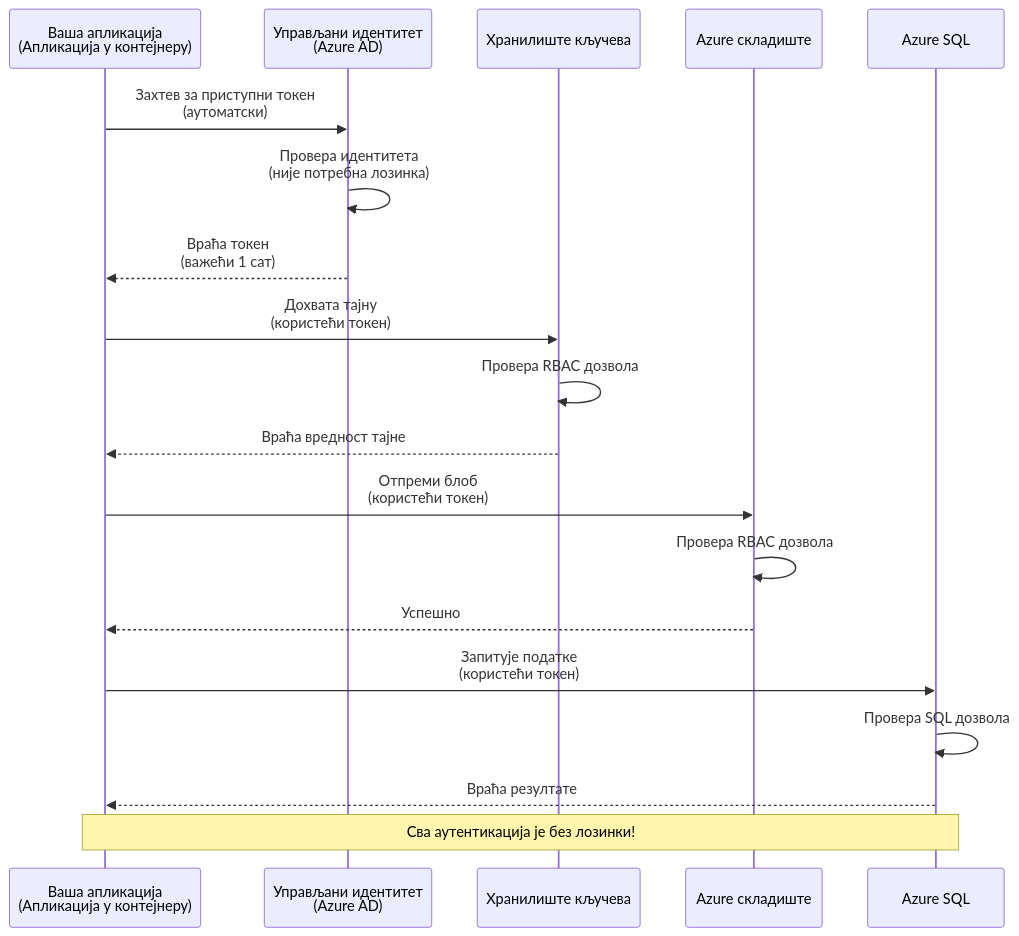
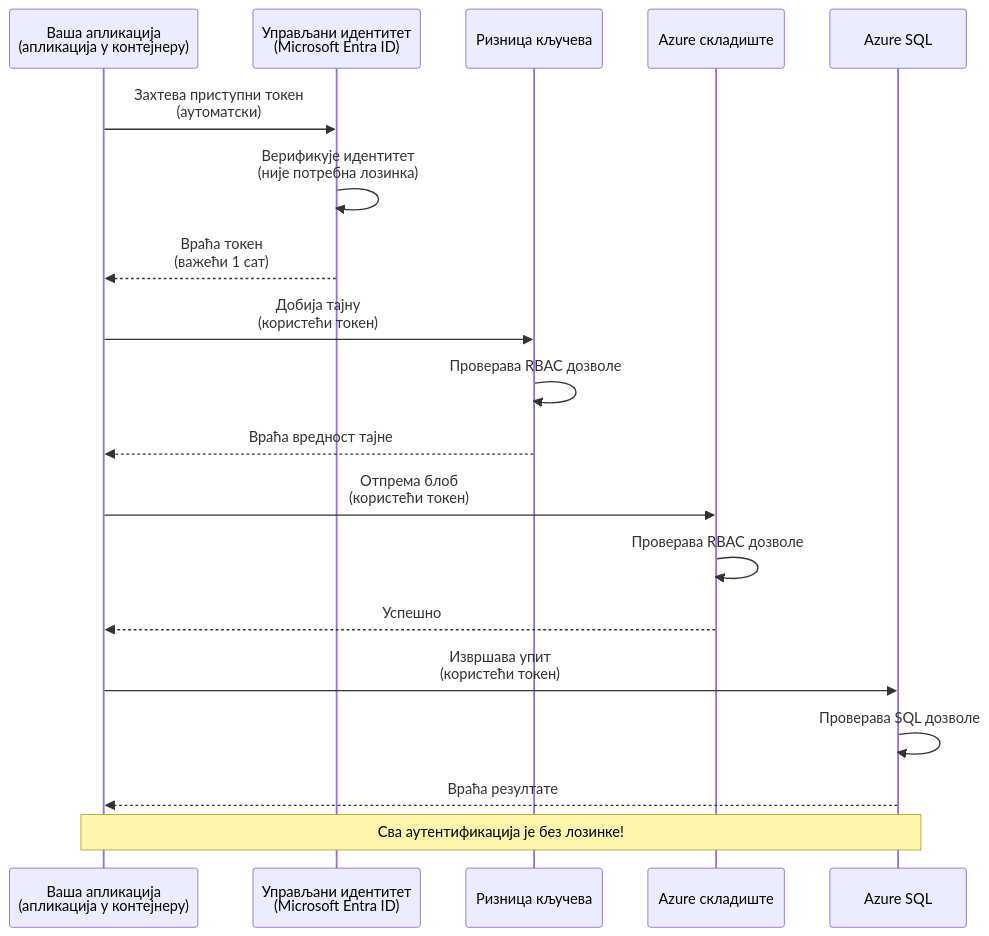
The first of 2 diagrams in translations/sr/docs/chapter-03-configuration/authsecurity.md (microsoft/AZD-for-beginners), drawn with Mermaid before and after one commit. The commit also changed other lines of this file and 104 other files, not shown here.

````diff
--- a/translations/sr/docs/chapter-03-configuration/authsecurity.md
+++ b/translations/sr/docs/chapter-03-configuration/authsecurity.md
@@ -69,26 +69,26 @@
 ```mermaid
 sequenceDiagram
-    participant App as Ваша апликација<br/>(Апликација у контејнеру)
-    participant MI as Управљани идентитет<br/>(Azure AD)
-    participant KV as Хранилиште кључева
+    participant App as Ваша апликација<br/>(апликација у контејнеру)
+    participant MI as Управљани идентитет<br/>(Microsoft Entra ID)
+    participant KV as Ризница кључева
     participant Storage as Azure складиште
     participant DB as Azure SQL
     
-    App->>MI: Захтев за приступни токен<br/>(аутоматски)
-    MI->>MI: Провера идентитета<br/>(није потребна лозинка)
+    App->>MI: Захтева приступни токен<br/>(аутоматски)
+    MI->>MI: Верификује идентитет<br/>(није потребна лозинка)
     MI-->>App: Враћа токен<br/>(важећи 1 сат)
     
-    App->>KV: Дохвата тајну<br/>(користећи токен)
-    KV->>KV: Провера RBAC дозвола
+    App->>KV: Добија тајну<br/>(користећи токен)
+    KV->>KV: Проверава RBAC дозволе
     KV-->>App: Враћа вредност тајне
     
-    App->>Storage: Отпреми блоб<br/>(користећи токен)
-    Storage->>Storage: Провера RBAC дозвола
+    App->>Storage: Отпрема блоб<br/>(користећи токен)
+    Storage->>Storage: Проверава RBAC дозволе
     Storage-->>App: Успешно
     
-    App->>DB: Запитује податке<br/>(користећи токен)
-    DB->>DB: Провера SQL дозвола
+    App->>DB: Извршава упит<br/>(користећи токен)
+    DB->>DB: Проверава SQL дозволе
     DB-->>App: Враћа резултате
     
-    Note over App,DB: Сва аутентикација је без лозинки!
+    Note over App,DB: Сва аутентификација је без лозинке!
 ```
````
